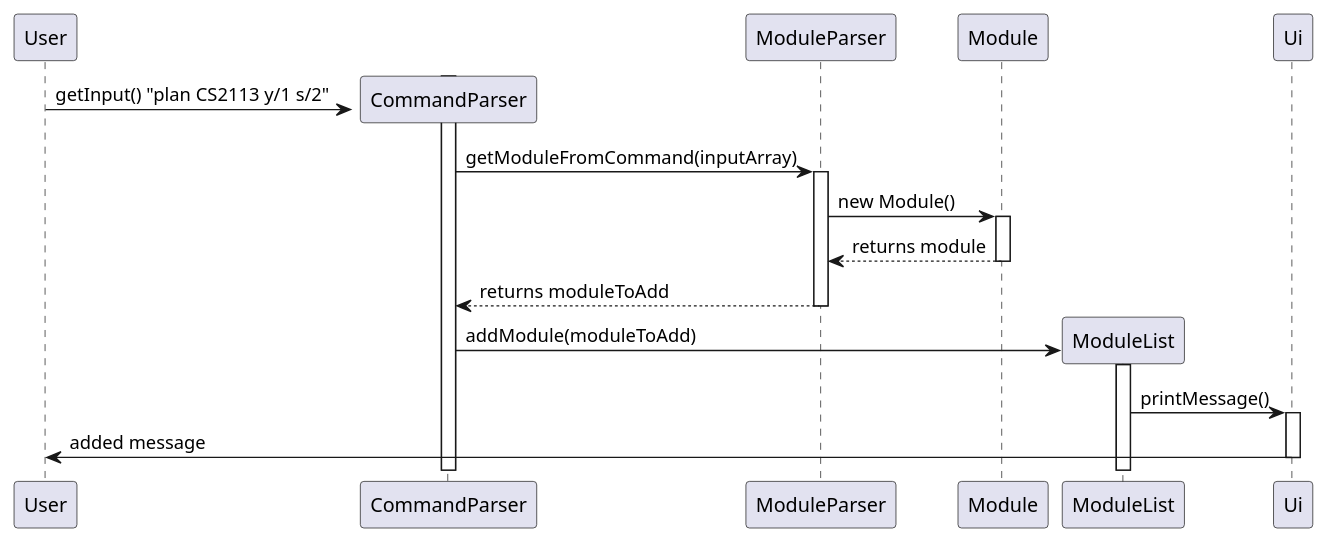
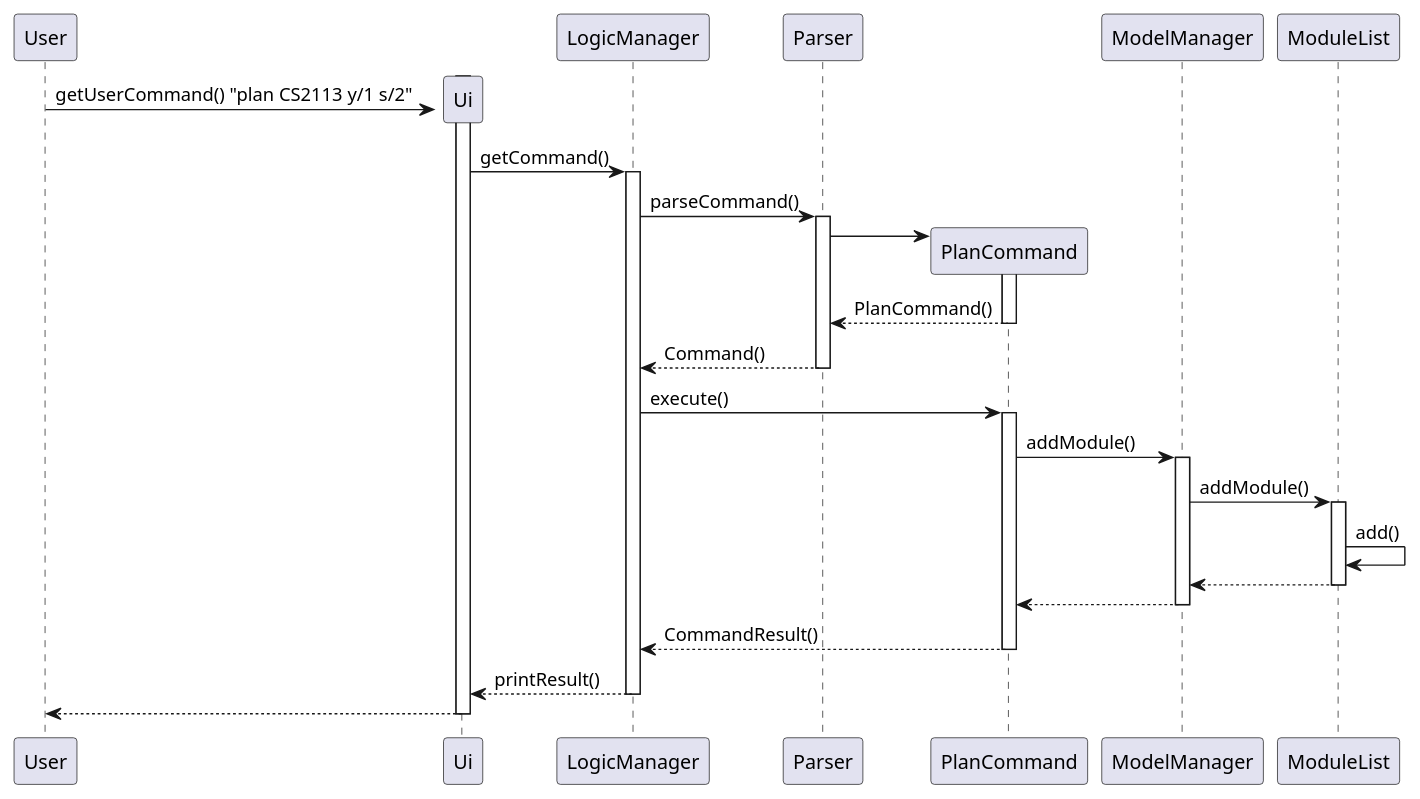
Before and after one commit to sriram-senthilkr/tp: the diagram in docs/uml/AddModSequence.puml, drawn with PlantUML. The commit also changed 2 other files, not shown here.

```diff
--- a/docs/uml/AddModSequence.puml
+++ b/docs/uml/AddModSequence.puml
@@ -1,32 +1,54 @@
 @startuml
 participant User
 
-create CommandParser
+create Ui
+activate Ui
+User -> Ui: getUserCommand() "plan CS2113 y/1 s/2"
+
+Ui -> LogicManager: getCommand()
+activate LogicManager
 
 
-activate CommandParser
-User -> CommandParser: getInput() "plan CS2113 y/1 s/2"
+LogicManager -> Parser: parseCommand()
+activate Parser
 
-CommandParser -> ModuleParser: getModuleFromCommand(inputArray)
 
-activate ModuleParser
-ModuleParser -> Module: new Module()
+create PlanCommand
+Parser -> PlanCommand
+activate PlanCommand
 
-activate Module
-Module --> ModuleParser: returns module
-deactivate Module
+PlanCommand --> Parser: PlanCommand()
+deactivate PlanCommand
 
-ModuleParser --> CommandParser: returns moduleToAdd
-deactivate ModuleParser
 
-create ModuleList
-CommandParser -> ModuleList: addModule(moduleToAdd)
+Parser --> LogicManager: Command()
+deactivate Parser
 
+
+LogicManager -> PlanCommand: execute()
+activate PlanCommand
+
+PlanCommand -> ModelManager: addModule()
+activate ModelManager
+
+ModelManager -> ModuleList: addModule()
 activate ModuleList
-ModuleList -> Ui: printMessage()
 
-activate Ui
-Ui -> User: added message
+ModuleList -> ModuleList: add()
+
+ModuleList --> ModelManager: 
+deactivate ModuleList
+
+ModelManager --> PlanCommand
+deactivate ModelManager
+
+PlanCommand --> LogicManager: CommandResult()
+deactivate PlanCommand
+
+LogicManager --> Ui: printResult()
+deactivate LogicManager
+
+Ui --> User
 deactivate Ui
 
 @enduml
```
